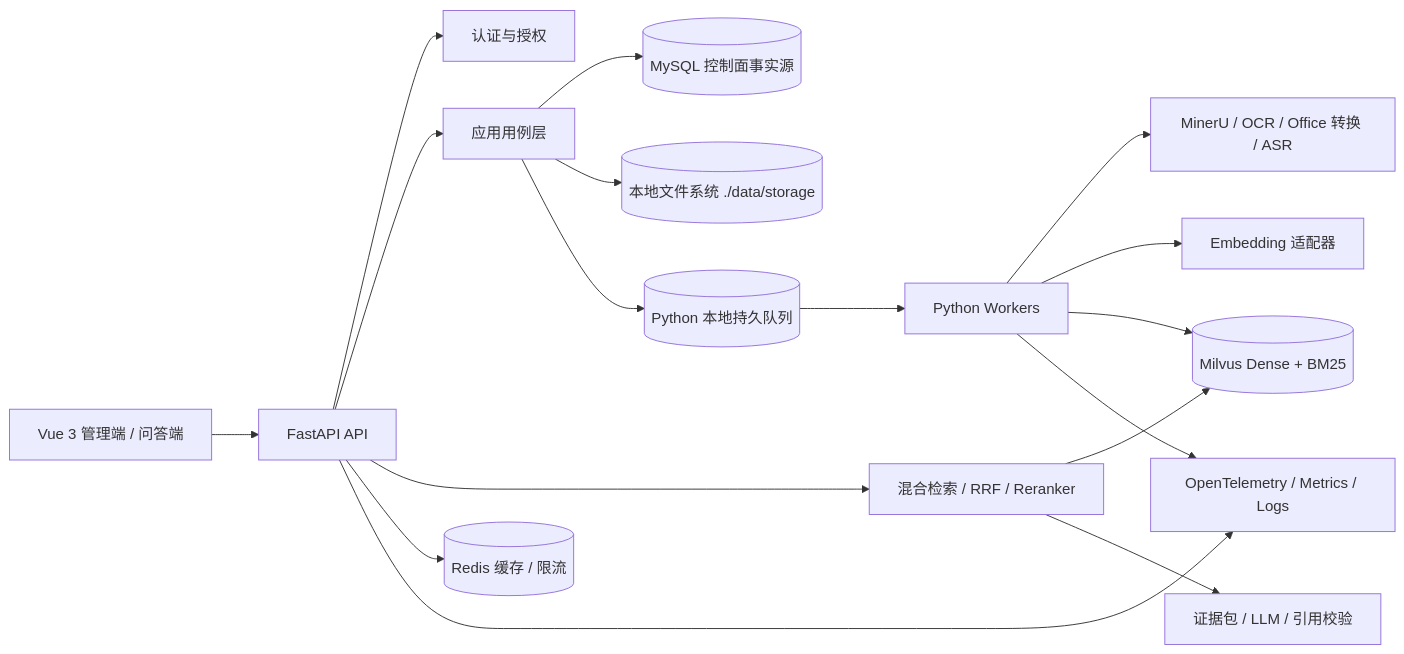
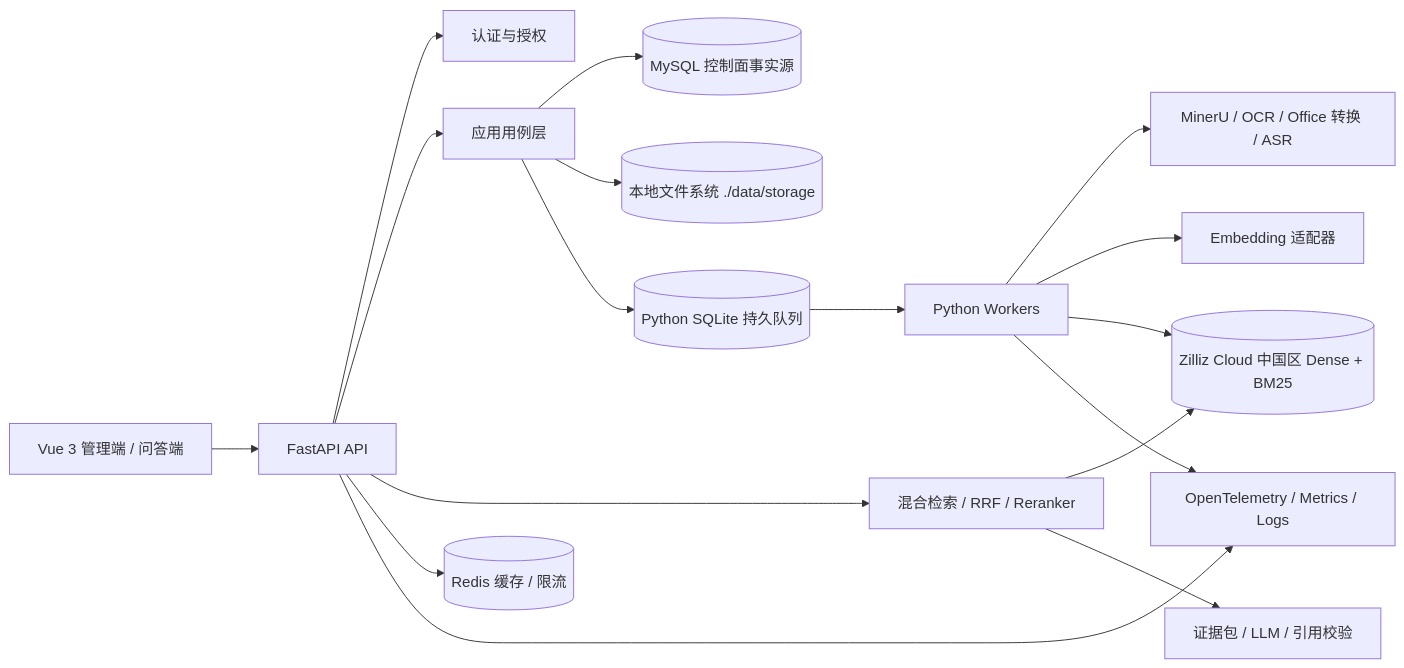
The diagram in 完整开发计划.md (zihunyu/rag_study), drawn with Mermaid before and after one commit. The commit also changed other lines of this file and 110 other files, not shown here.

````diff
--- a/完整开发计划.md
+++ b/完整开发计划.md
@@ -189,19 +189,19 @@
 ```mermaid
 flowchart LR
     UI[Vue 3 管理端 / 问答端] --> API[FastAPI API]
     API --> AUTH[认证与授权]
     API --> APP[应用用例层]
     APP --> MYSQL[(MySQL 控制面事实源)]
     APP --> OBJ[(本地文件系统 ./data/storage)]
-    APP --> MQ[(Python 本地持久队列)]
-    MQ --> WORKER[Python Workers]
+    APP --> QUEUE[(Python SQLite 持久队列)]
+    QUEUE --> WORKER[Python Workers]
     WORKER --> PARSER[MinerU / OCR / Office 转换 / ASR]
     WORKER --> EMB[Embedding 适配器]
-    WORKER --> MILVUS[(Milvus Dense + BM25)]
+    WORKER --> ZILLIZ[(Zilliz Cloud 中国区 Dense + BM25)]
     API --> RET[混合检索 / RRF / Reranker]
-    RET --> MILVUS
+    RET --> ZILLIZ
     RET --> GEN[证据包 / LLM / 引用校验]
     API --> REDIS[(Redis 缓存 / 限流)]
     API --> OBS[OpenTelemetry / Metrics / Logs]
     WORKER --> OBS
 ```
````
